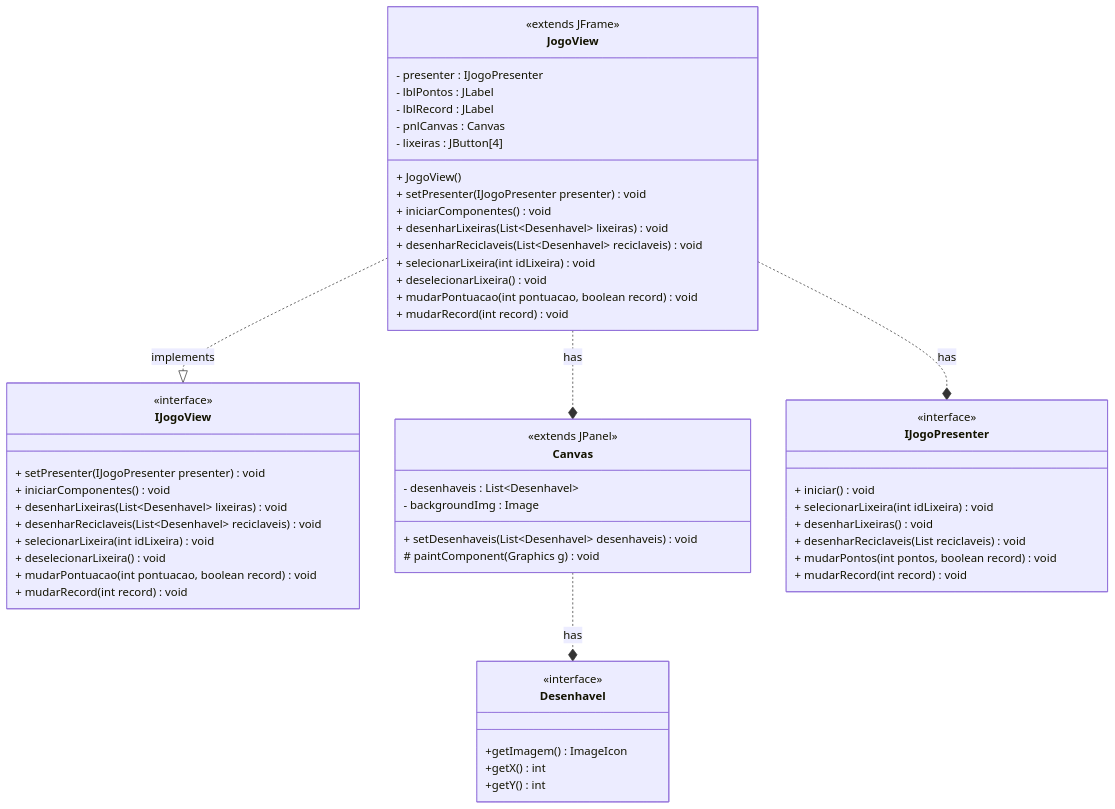
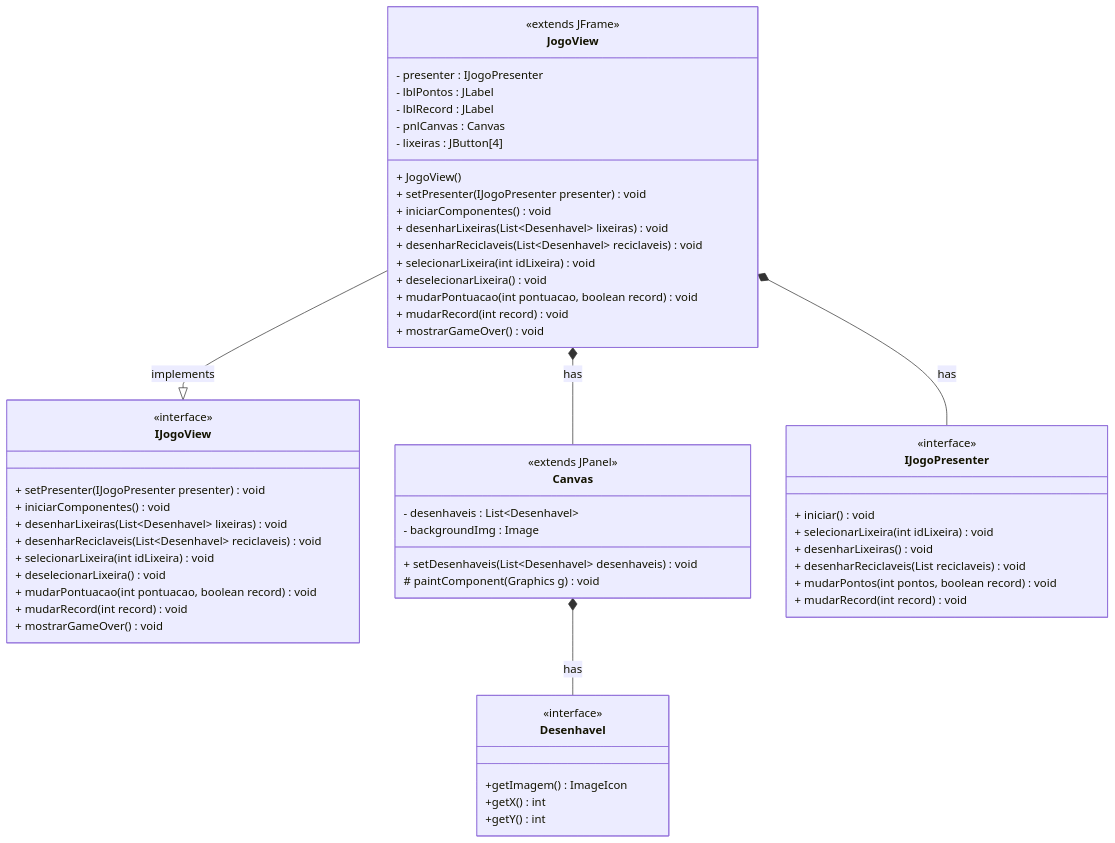
Before and after one commit to lucasttmz/jogo-reciclagem-aps: the first of 2 diagrams in docs/DiagramaJogoView.md, drawn with Mermaid. The commit also changed 4 other files, not shown here.

Commit message:
Pequenos ajustes nos diagramas e correcao dos erros

````diff
--- a/docs/DiagramaJogoView.md
+++ b/docs/DiagramaJogoView.md
@@ -3,57 +3,59 @@
 ```mermaid
 	classDiagram
-	JogoView ..|> IJogoView : implements
-	JogoView ..* Canvas : has
-	JogoView ..* IJogoPresenter : has
-	Canvas ..* Desenhavel : has
+	JogoView --|> IJogoView : implements
+	JogoView *-- Canvas : has
+	JogoView *-- IJogoPresenter : has
+	Canvas *-- Desenhavel : has
 	class IJogoPresenter{
 		<<interface>>
 		+ iniciar() void
 		+ selecionarLixeira(int idLixeira) void
 		+ desenharLixeiras() void
 		+ desenharReciclaveis(List<Desenhavel> reciclaveis) void
 		+ mudarPontos(int pontos, boolean record) void
 		+ mudarRecord(int record) void
 	}
 	class IJogoView{
 		<<interface>>
 		+ setPresenter(IJogoPresenter presenter) void
 		+ iniciarComponentes() void
 		+ desenharLixeiras(List~Desenhavel~ lixeiras) void
 		+ desenharReciclaveis(List~Desenhavel~ reciclaveis) void
 		+ selecionarLixeira(int idLixeira) void
 		+ deselecionarLixeira() void
 		+ mudarPontuacao(int pontuacao, boolean record) void
 		+ mudarRecord(int record) void
+		+ mostrarGameOver() void
 	}
 	class JogoView{
 		<<extends JFrame>>
 		- presenter : IJogoPresenter
 		- lblPontos : JLabel
 		- lblRecord : JLabel
 		- pnlCanvas : Canvas
 		- lixeiras : JButton[4]
 		+ JogoView()
 		+ setPresenter(IJogoPresenter presenter) void
 		+ iniciarComponentes() void
 		+ desenharLixeiras(List~Desenhavel~ lixeiras) void
 		+ desenharReciclaveis(List~Desenhavel~ reciclaveis) void
 		+ selecionarLixeira(int idLixeira) void
 		+ deselecionarLixeira() void
 		+ mudarPontuacao(int pontuacao, boolean record) void
 		+ mudarRecord(int record) void
+		+ mostrarGameOver() void
 	}
 	class Canvas{
 		<<extends JPanel>>
 		- desenhaveis : List~Desenhavel~
 		- backgroundImg : Image
 		+ setDesenhaveis(List~Desenhavel~ desenhaveis) void
 		# paintComponent(Graphics g) void
 	}
 	class Desenhavel{
 		<<interface>>
 		+getImagem() ImageIcon
 		+getX() int
 		+getY() int
 	}
 ```
````
